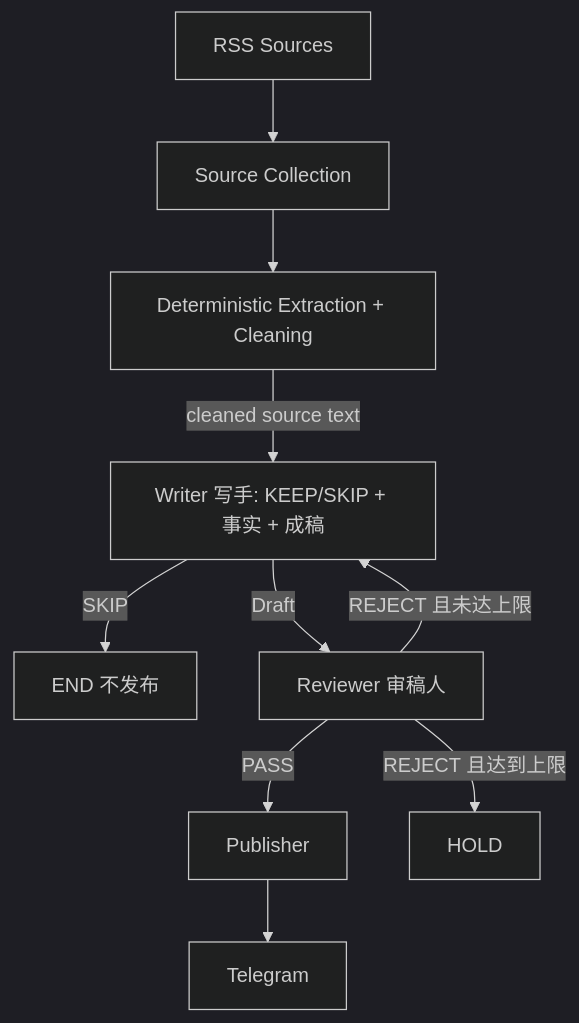
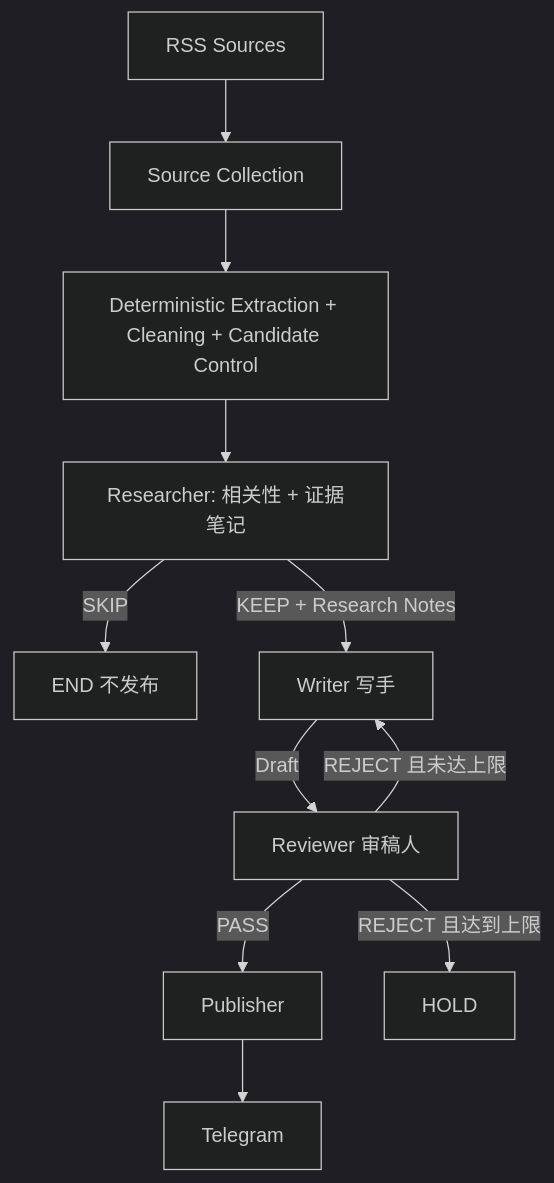
Before and after one commit to MartinKuai/chip-news-ai-workflow: the diagram in README.md, drawn with Mermaid (dark theme). The commit also changed other lines of this file and 34 other files, not shown here.

````diff
--- a/README.md
+++ b/README.md
@@ -15,12 +15,13 @@
 ```mermaid
 flowchart TD
     A[RSS Sources] --> B[Source Collection]
-    B --> C[Deterministic Extraction + Cleaning]
-    C -->|cleaned source text| D[Writer 写手: KEEP/SKIP + 事实 + 成稿]
+    B --> C[Deterministic Extraction + Cleaning + Candidate Control]
+    C --> D[Researcher: 相关性 + 证据笔记]
     D -->|SKIP| Z[END 不发布]
-    D -->|Draft| E[Reviewer 审稿人]
-    E -->|PASS| F[Publisher]
-    E -->|REJECT 且未达上限| D
-    E -->|REJECT 且达到上限| G[HOLD]
-    F --> H[Telegram]
+    D -->|KEEP + Research Notes| E[Writer 写手]
+    E -->|Draft| F[Reviewer 审稿人]
+    F -->|PASS| G[Publisher]
+    F -->|REJECT 且未达上限| E
+    F -->|REJECT 且达到上限| H[HOLD]
+    G --> I[Telegram]
 ```
````
